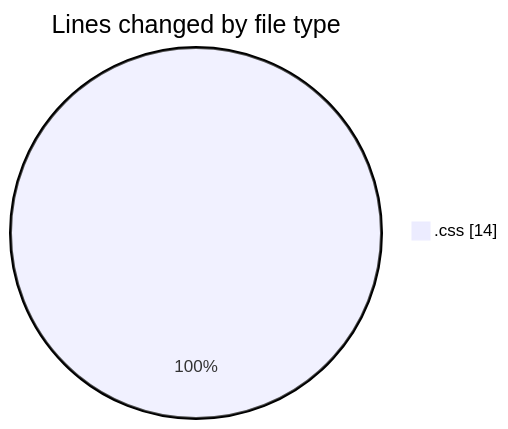
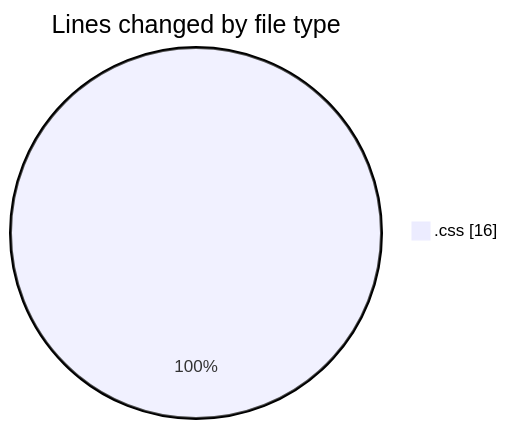
Before and after one commit to NitaiMahat/code-tracking: the first of 2 diagrams in 2025-02-05/recipe-page-main/README.md, drawn with Mermaid. The commit also changed other lines of this file and 1 other file, not shown here.

````diff
--- a/2025-02-05/recipe-page-main/README.md
+++ b/2025-02-05/recipe-page-main/README.md
@@ -20,5 +20,5 @@
 ```mermaid
 pie showData
 title Lines changed by file type
-".css" : 14
+".css" : 16
 ```
````
